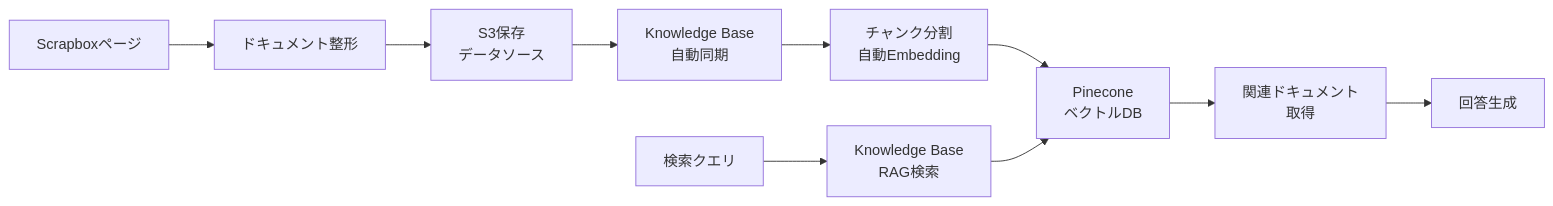
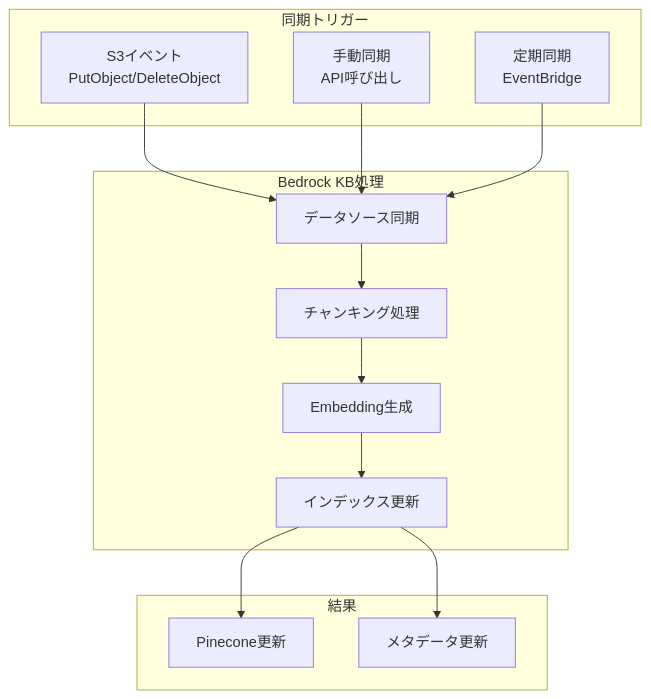
Before and after one commit to KJR020/lambda-knowledge-rag: the sixth of 6 diagrams in docs/DESIGN.md, drawn with Mermaid. The commit also changed other lines of this file, not shown here.

````diff
--- a/docs/DESIGN.md
+++ b/docs/DESIGN.md
@@ -327,13 +354,31 @@
 ```mermaid
-flowchart LR
-    A[Scrapboxページ] --> B[ドキュメント整形]
-    B --> C[S3保存<br/>データソース]
-    C --> D[Knowledge Base<br/>自動同期]
-    D --> E[チャンク分割<br/>自動Embedding]
-    E --> F[Pinecone<br/>ベクトルDB]
+graph TB
+    subgraph "同期トリガー"
+        S3E[S3イベント<br/>PutObject/DeleteObject]
+        MANUAL[手動同期<br/>API呼び出し]
+        SCHEDULE[定期同期<br/>EventBridge]
+    end
     
-    G[検索クエリ] --> H[Knowledge Base<br/>RAG検索]
-    H --> F
-    F --> I[関連ドキュメント<br/>取得]
-    I --> J[回答生成]
+    subgraph "Bedrock KB処理"
+        SYNC[データソース同期]
+        CHUNK[チャンキング処理]
+        EMBED[Embedding生成]
+        INDEX[インデックス更新]
+    end
+    
+    subgraph "結果"
+        PINECONE[Pinecone更新]
+        META[メタデータ更新]
+    end
+    
+    S3E --> SYNC
+    MANUAL --> SYNC
+    SCHEDULE --> SYNC
+    
+    SYNC --> CHUNK
+    CHUNK --> EMBED
+    EMBED --> INDEX
+    
+    INDEX --> PINECONE
+    INDEX --> META
 ```
````
